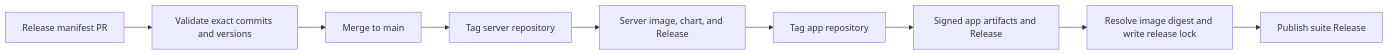
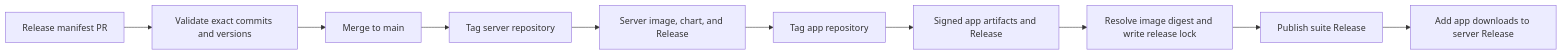
Before and after one commit to zijiren233/synctv-release: the diagram in README.md, drawn with Mermaid. The commit also changed other lines of this file and 7 other files, not shown here.

Commit message:
feat: add app downloads to server releases (#3)

````diff
--- a/README.md
+++ b/README.md
@@ -13,11 +13,12 @@
 ```mermaid
 flowchart LR
   P["Release manifest PR"] --> V["Validate exact commits and versions"]
   V --> M["Merge to main"]
   M --> B["Tag server repository"]
   B --> BA["Server image, chart, and Release"]
   BA --> A["Tag app repository"]
   A --> AA["Signed app artifacts and Release"]
   AA --> L["Resolve image digest and write release lock"]
   L --> R["Publish suite Release"]
+  R --> N["Add app downloads to server Release"]
 ```
````
